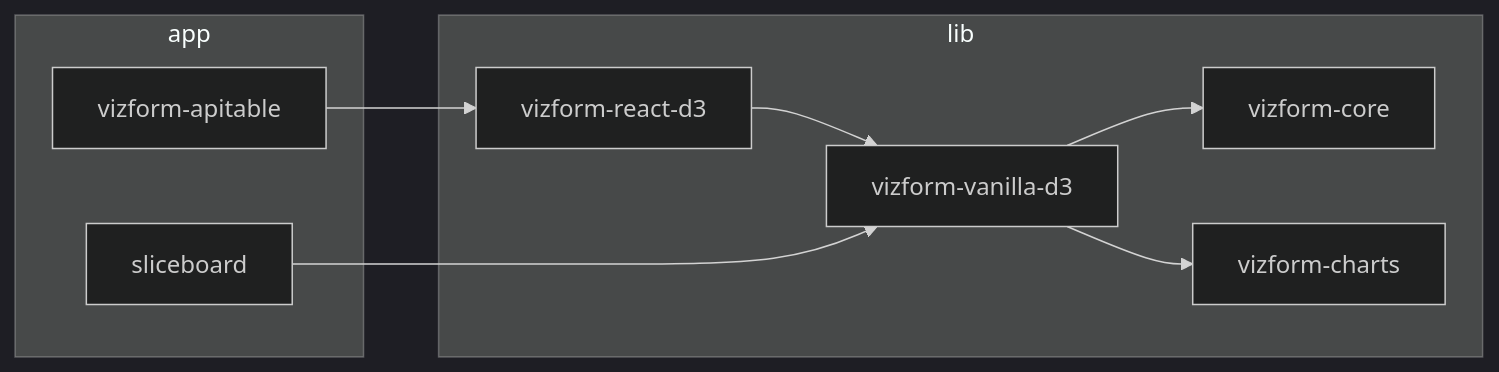
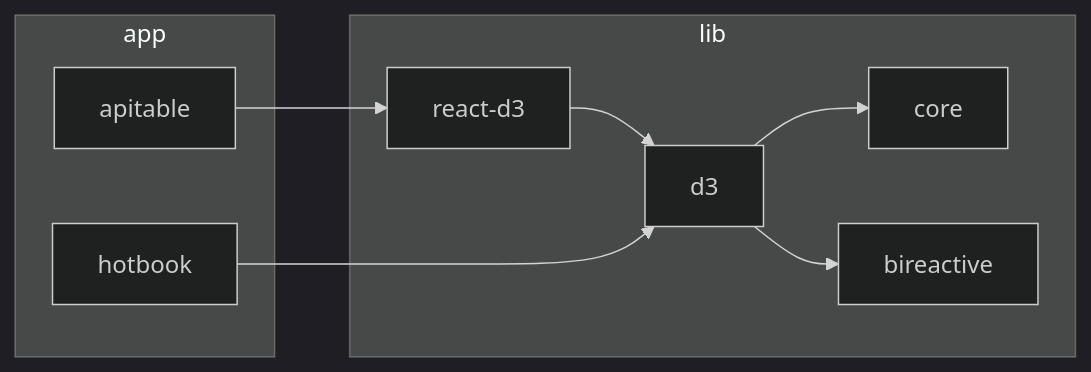
Before and after one commit to WinstonFassett/hotbook: the diagram in README.md, drawn with Mermaid (dark theme). The commit also changed other lines of this file and 15 other files, not shown here.

````diff
--- a/README.md
+++ b/README.md
@@ -9,19 +9,19 @@
 ```mermaid
 graph LR
   subgraph lib["lib"]
-    core["vizform-core"]
-    charts["vizform-charts"]
-    vanilla["vizform-vanilla-d3"]
-    react["vizform-react-d3"]
+    core["core"]
+    charts["bireactive"]
+    vanilla["d3"]
+    react["react-d3"]
   end
   subgraph app["app"]
-    apitable["vizform-apitable"]
-    sliceboard["sliceboard"]
+    apitable["apitable"]
+    hotbook["hotbook"]
   end
 
   vanilla --> core
   vanilla --> charts
   react --> vanilla
   apitable --> react
-  sliceboard --> vanilla
+  hotbook --> vanilla
 ```
````
